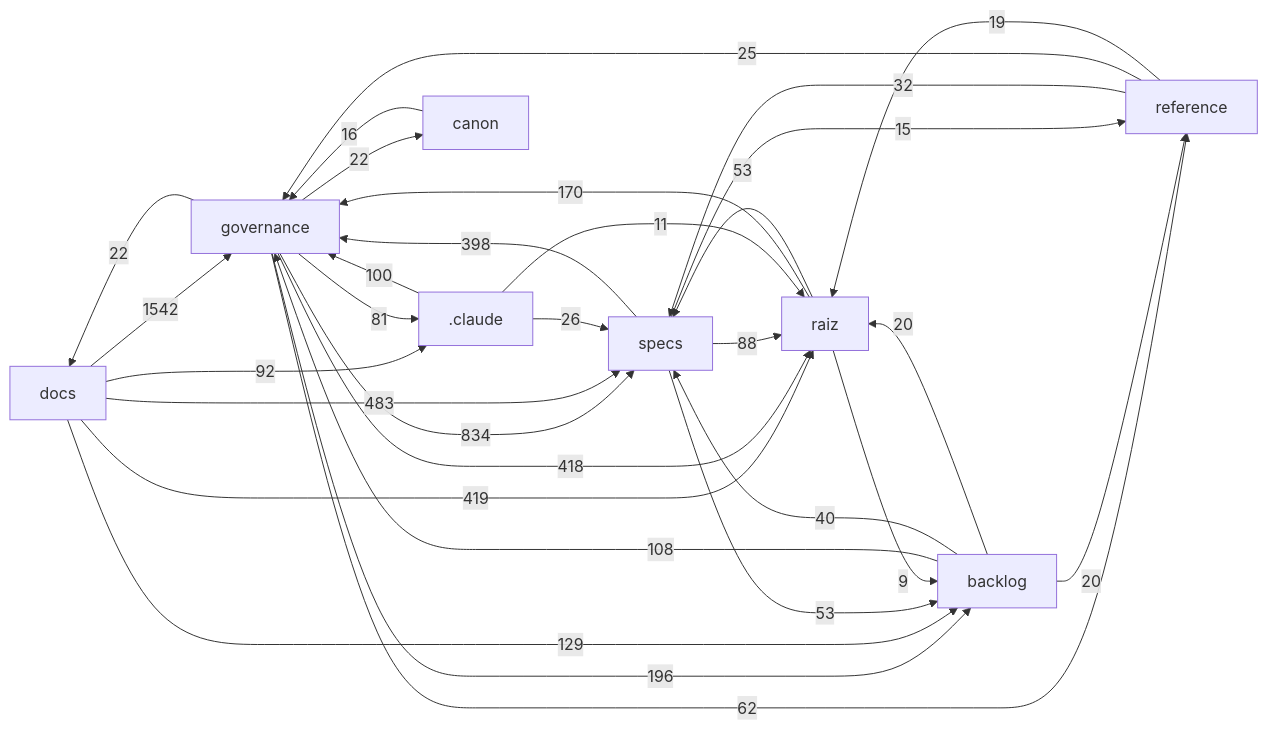
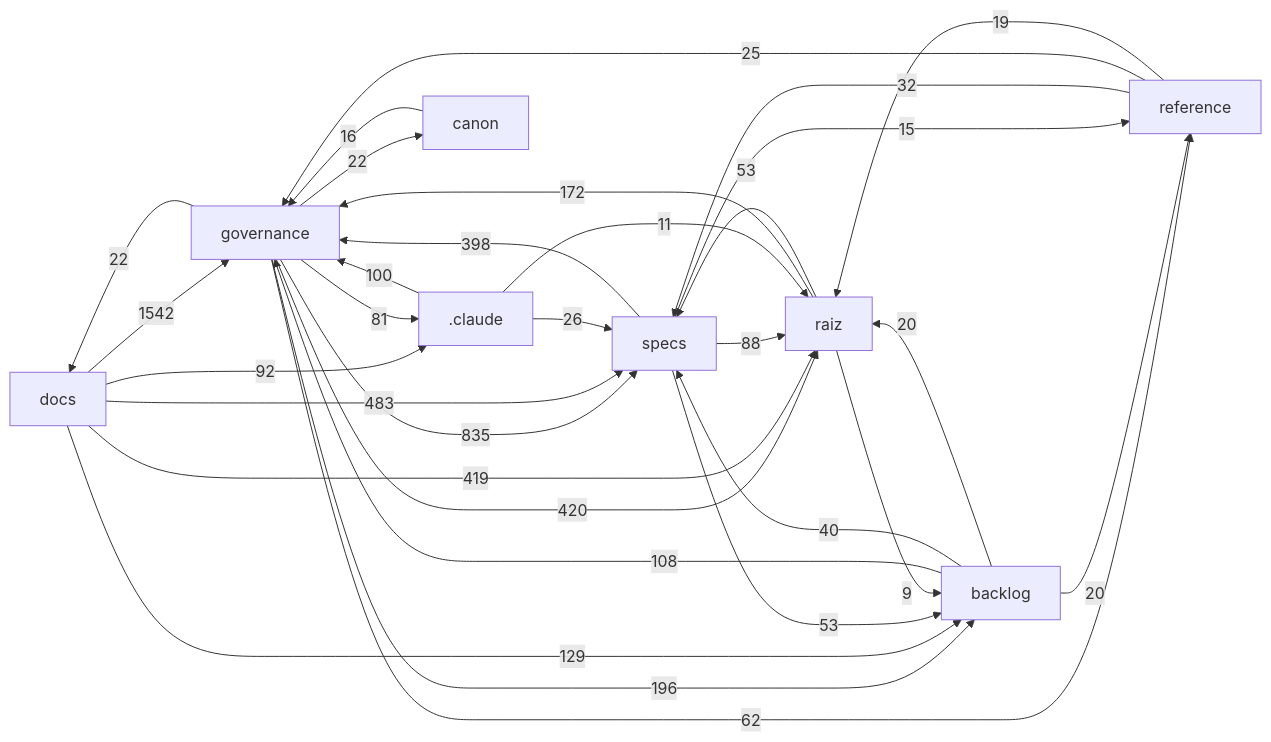
One commit to Andraus35/Sistema-Operacional-de-Trading--SOT changed the diagram in docs/mapa/MAPA-PROJETO.md. Above: the diagram before and after it, drawn with Mermaid. The commit also changed other lines of this file and 8 other files, not shown here.

````diff
--- a/docs/mapa/MAPA-PROJETO.md
+++ b/docs/mapa/MAPA-PROJETO.md
@@ -29,33 +29,33 @@
 ```mermaid
 flowchart LR
   docs["docs"] -->|1542| governance["governance"]
-  governance["governance"] -->|834| specs["specs"]
+  governance["governance"] -->|835| specs["specs"]
   docs["docs"] -->|483| specs["specs"]
+  governance["governance"] -->|420| raiz["raiz"]
   docs["docs"] -->|419| raiz["raiz"]
-  governance["governance"] -->|418| raiz["raiz"]
   specs["specs"] -->|398| governance["governance"]
   governance["governance"] -->|196| backlog["backlog"]
-  raiz["raiz"] -->|170| governance["governance"]
+  raiz["raiz"] -->|172| governance["governance"]
   docs["docs"] -->|129| backlog["backlog"]
   backlog["backlog"] -->|108| governance["governance"]
   _claude[".claude"] -->|100| governance["governance"]
   docs["docs"] -->|92| _claude[".claude"]
   specs["specs"] -->|88| raiz["raiz"]
   governance["governance"] -->|81| _claude[".claude"]
   governance["governance"] -->|62| reference["reference"]
   raiz["raiz"] -->|53| specs["specs"]
   specs["specs"] -->|53| backlog["backlog"]
   backlog["backlog"] -->|40| specs["specs"]
   reference["reference"] -->|32| specs["specs"]
   _claude[".claude"] -->|26| specs["specs"]
   reference["reference"] -->|25| governance["governance"]
   governance["governance"] -->|22| docs["docs"]
   governance["governance"] -->|22| canon["canon"]
   backlog["backlog"] -->|20| raiz["raiz"]
   backlog["backlog"] -->|20| reference["reference"]
   reference["reference"] -->|19| raiz["raiz"]
   canon["canon"] -->|16| governance["governance"]
   specs["specs"] -->|15| reference["reference"]
   _claude[".claude"] -->|11| raiz["raiz"]
   raiz["raiz"] -->|9| backlog["backlog"]
 ```
````
